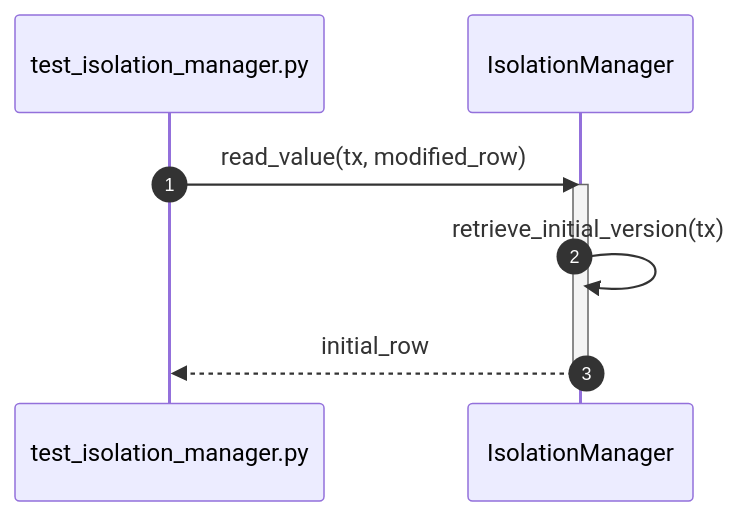
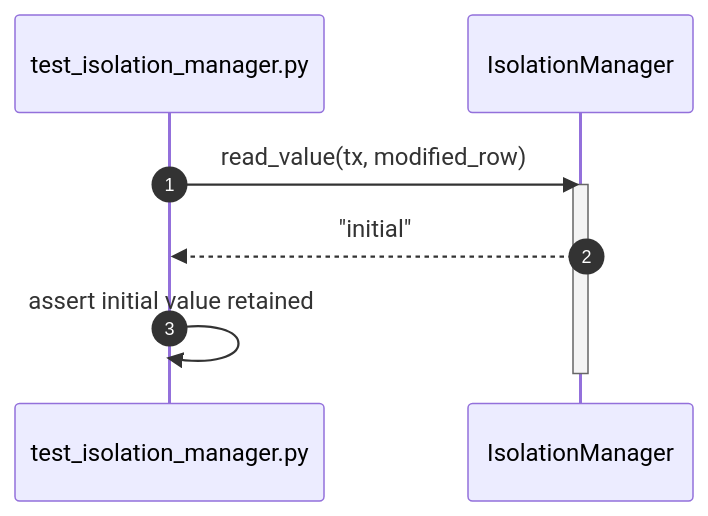
One commit to taitran501/DBMS changed diagram 13 of 52 in diagrams/sequence/transaction.md. Above: the diagram before and after it, drawn with Mermaid. The commit also changed other lines of this file and 6 other files, not shown here.

````diff
--- a/diagrams/sequence/transaction.md
+++ b/diagrams/sequence/transaction.md
@@ -201,12 +201,12 @@
 ```mermaid
 sequenceDiagram
     autonumber
     participant Test as test_isolation_manager.py
     participant SUT as IsolationManager
 
     Test->>SUT: read_value(tx, modified_row)
     activate SUT
-    SUT->>SUT: retrieve_initial_version(tx)
-    SUT-->>Test: initial_row
+    SUT-->>Test: "initial"
+    Test->>Test: assert initial value retained
     deactivate SUT
 ```
````
